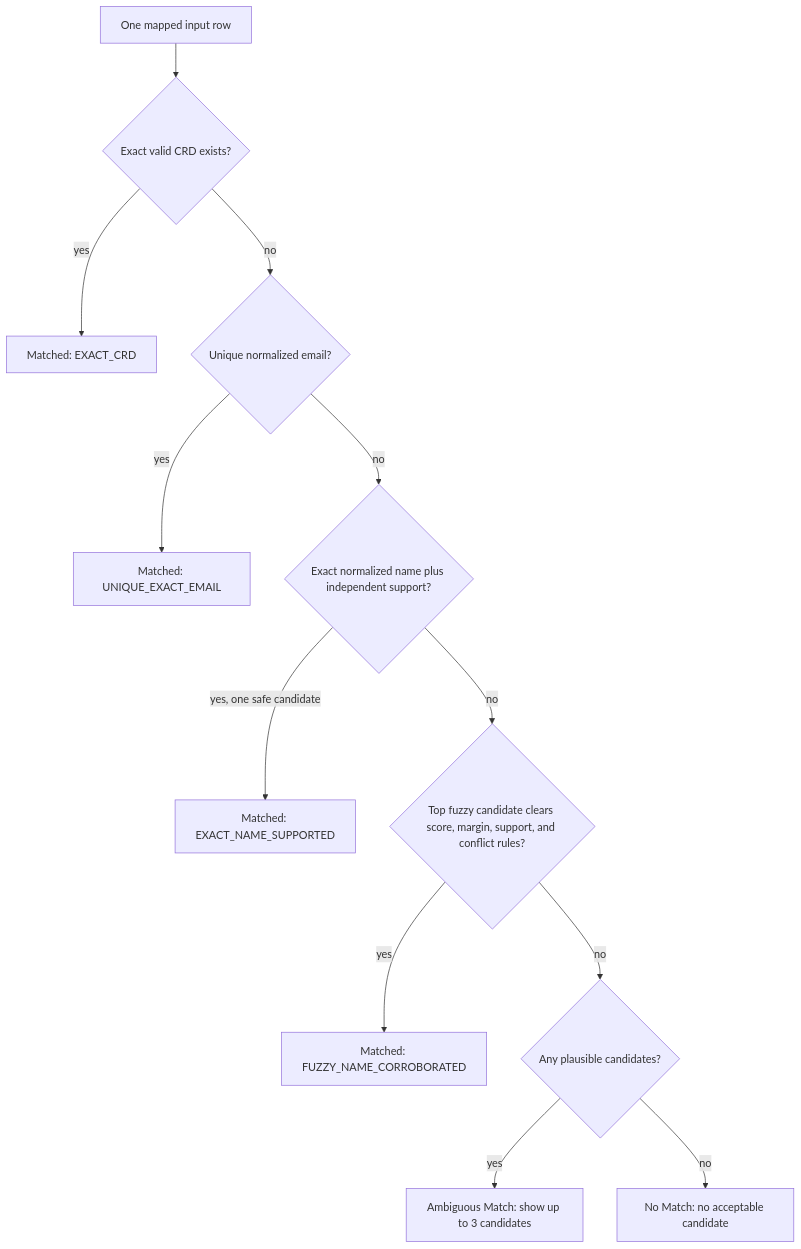
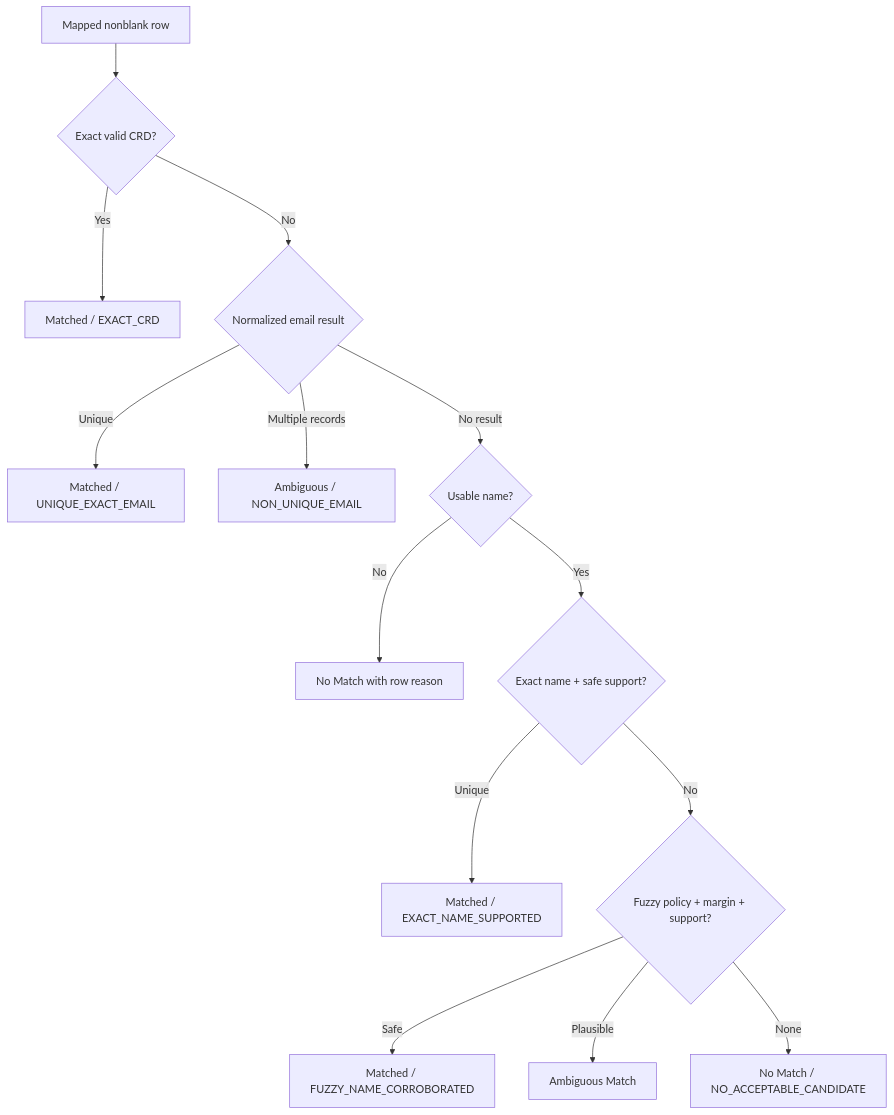
One commit to lizequnwz/deepagents-agents changed the second of 2 diagrams in advisor-match-agent/docs/ADVISOR_MATCH_WORKFLOW_WALKTHROUGH.md. Above: the diagram before and after it, drawn with Mermaid. The commit also changed other lines of this file and 43 other files, not shown here.

````diff
--- a/advisor-match-agent/docs/ADVISOR_MATCH_WORKFLOW_WALKTHROUGH.md
+++ b/advisor-match-agent/docs/ADVISOR_MATCH_WORKFLOW_WALKTHROUGH.md
@@ -86,14 +54,16 @@
 ```mermaid
 flowchart TD
-    ROW[One mapped input row] --> CRD{Exact valid CRD exists?}
-    CRD -->|yes| MC[Matched: EXACT_CRD]
-    CRD -->|no| EMAIL{Unique normalized email?}
-    EMAIL -->|yes| ME[Matched: UNIQUE_EXACT_EMAIL]
-    EMAIL -->|no| NAME{Exact normalized name plus independent support?}
-    NAME -->|yes, one safe candidate| MN[Matched: EXACT_NAME_SUPPORTED]
-    NAME -->|no| FUZZY{Top fuzzy candidate clears score, margin, support, and conflict rules?}
-    FUZZY -->|yes| MF[Matched: FUZZY_NAME_CORROBORATED]
-    FUZZY -->|no| PLAUSIBLE{Any plausible candidates?}
-    PLAUSIBLE -->|yes| AM[Ambiguous Match: show up to 3 candidates]
-    PLAUSIBLE -->|no| NM[No Match: no acceptable candidate]
+    ROW["Mapped nonblank row"] --> CRD{"Exact valid CRD?"}
+    CRD -->|Yes| MC["Matched / EXACT_CRD"]
+    CRD -->|No| EMAIL{"Normalized email result"}
+    EMAIL -->|Unique| ME["Matched / UNIQUE_EXACT_EMAIL"]
+    EMAIL -->|Multiple records| AE["Ambiguous / NON_UNIQUE_EMAIL"]
+    EMAIL -->|No result| NAME{"Usable name?"}
+    NAME -->|No| NM["No Match with row reason"]
+    NAME -->|Yes| EXACT{"Exact name + safe support?"}
+    EXACT -->|Unique| MN["Matched / EXACT_NAME_SUPPORTED"]
+    EXACT -->|No| FUZZY{"Fuzzy policy + margin + support?"}
+    FUZZY -->|Safe| MF["Matched / FUZZY_NAME_CORROBORATED"]
+    FUZZY -->|Plausible| AM["Ambiguous Match"]
+    FUZZY -->|None| NC["No Match / NO_ACCEPTABLE_CANDIDATE"]
 ```
````
